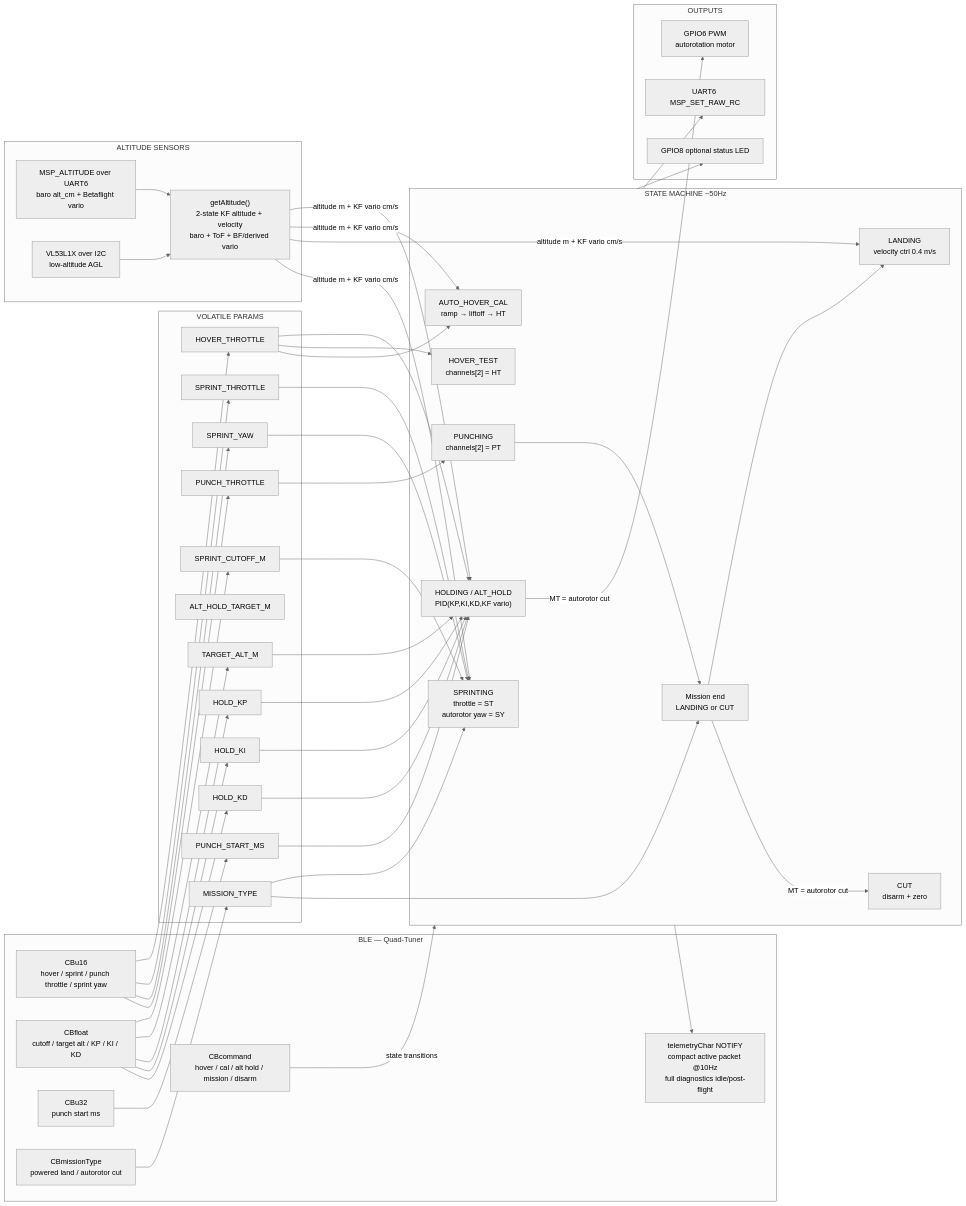
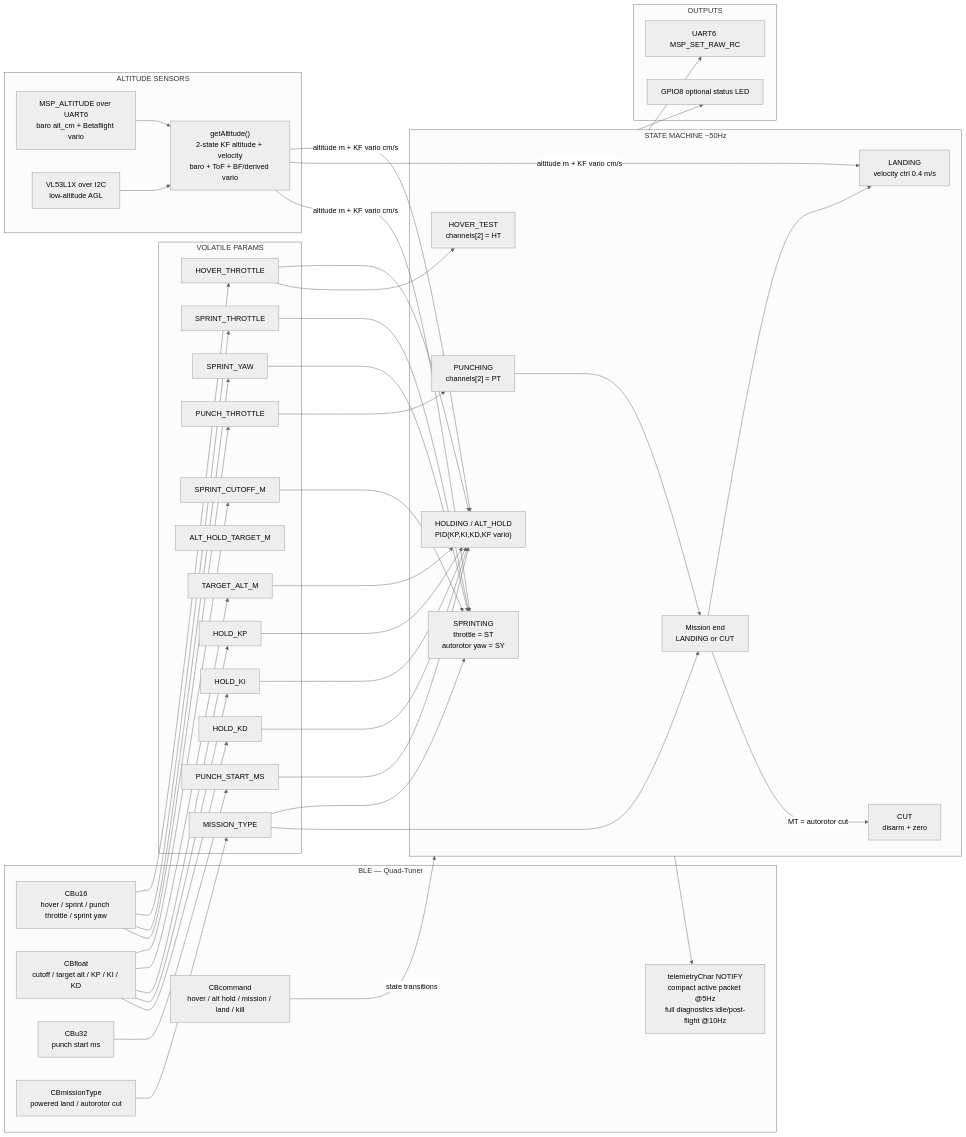
Before and after one commit to RyanHailey21/esp32_drone: the second of 2 diagrams in README.md, drawn with Mermaid (neutral theme). The commit also changed other lines of this file and 12 other files, not shown here.

````diff
--- a/README.md
+++ b/README.md
@@ -455,77 +426,74 @@
 ```mermaid
 flowchart LR
     subgraph BLE["BLE — Quad-Tuner"]
         W1["CBu16\nhover / sprint / punch throttle / sprint yaw"]
         W2["CBfloat\ncutoff / target alt / KP / KI / KD"]
         W3["CBu32\npunch start ms"]
-        W4["CBcommand\nhover / cal / alt hold / mission / disarm"]
+        W4["CBcommand\nhover / alt hold / mission / land / kill"]
         W5["CBmissionType\npowered land / autorotor cut"]
-        TEL["telemetryChar NOTIFY\ncompact active packet @10Hz\nfull diagnostics idle/post-flight"]
+        TEL["telemetryChar NOTIFY\ncompact active packet @5Hz\nfull diagnostics idle/post-flight @10Hz"]
     end
 
     subgraph PARAMS["VOLATILE PARAMS"]
         HT["HOVER_THROTTLE"]
         ST["SPRINT_THROTTLE"]
         SY["SPRINT_YAW"]
         SC["SPRINT_CUTOFF_M"]
         TA["TARGET_ALT_M"]
         AHT["ALT_HOLD_TARGET_M"]
         KP["HOLD_KP"]
         KI["HOLD_KI"]
         KD["HOLD_KD"]
         PS["PUNCH_START_MS"]
         PT["PUNCH_THROTTLE"]
         MT["MISSION_TYPE"]
     end
 
     subgraph SENSOR["ALTITUDE SENSORS"]
         MSPALT["MSP_ALTITUDE over UART6\nbaro alt_cm + Betaflight vario"]
         TOFALT["VL53L1X over I2C\nlow-altitude AGL"]
         ALT["getAltitude()\n2-state KF altitude + velocity\nbaro + ToF + BF/derived vario"]
     end
 
     subgraph SM["STATE MACHINE ~50Hz"]
         SPR["SPRINTING\nthrottle = ST\nautorotor yaw = SY"]
         HLD["HOLDING / ALT_HOLD\nPID(KP,KI,KD,KF vario)"]
         PUN["PUNCHING\nchannels[2] = PT"]
         ENDSEL["Mission end\nLANDING or CUT"]
         CUT["CUT\ndisarm + zero"]
         HVT["HOVER_TEST\nchannels[2] = HT"]
-        AHC["AUTO_HOVER_CAL\nramp → liftoff → HT"]
         LND["LANDING\nvelocity ctrl 0.4 m/s"]
     end
 
     subgraph OUT["OUTPUTS"]
         MSP_OUT["UART6 MSP_SET_RAW_RC"]
-        PWM["GPIO6 PWM\nautorotation motor"]
         LED["GPIO8 optional status LED"]
     end
 
     W1 --> HT & ST & SY & PT
     W2 --> SC & TA & KP & KI & KD
     W3 --> PS
     W4 -->|state transitions| SM
     W5 --> MT
 
     MSPALT --> ALT
     TOFALT --> ALT
-    ALT -->|altitude m + KF vario cm/s| HLD & AHC & LND & SPR
+    ALT -->|altitude m + KF vario cm/s| HLD & LND & SPR
 
-    HT --> HLD & HVT & AHC
+    HT --> HLD & HVT
     ST --> SPR
     SY --> SPR
     SC --> SPR
     TA --> HLD
     KP & KI & KD --> HLD
     PS --> HLD
     PT --> PUN
     MT --> SPR & ENDSEL
 
     SM --> MSP_OUT
-    HLD -->|MT = autorotor cut| PWM
     PUN --> ENDSEL
     ENDSEL --> LND
     ENDSEL -->|MT = autorotor cut| CUT
     SM --> LED
     SM --> TEL
 ```
````
